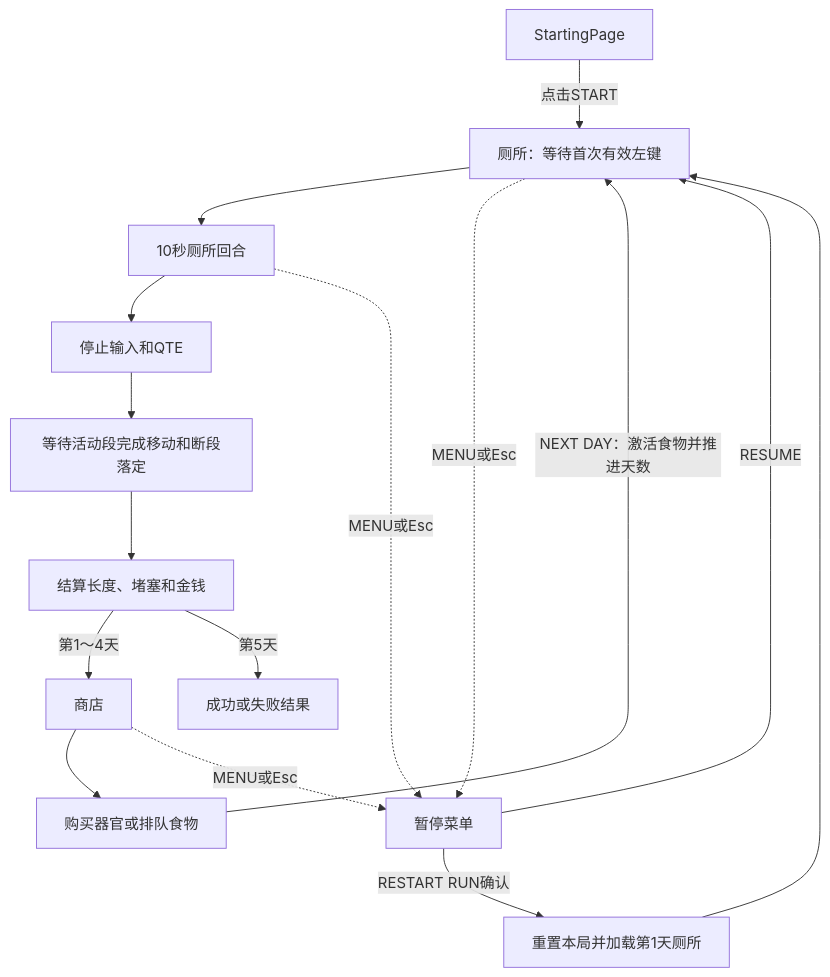
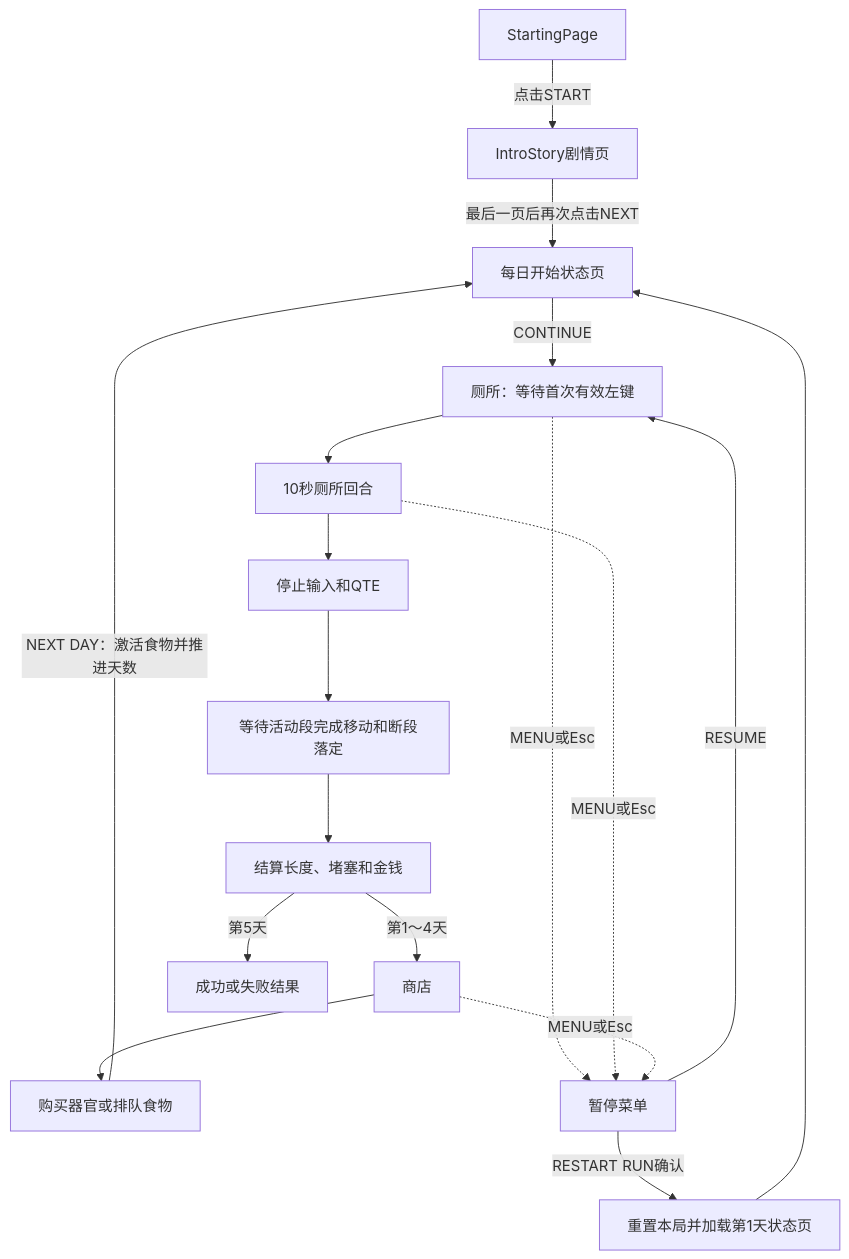
Before and after one commit to SaltedFishyy/GMTK-game-jam: the diagram in 机制.md, drawn with Mermaid. The commit also changed other lines of this file and 93 other files, not shown here.

Commit message:
day start page

````diff
--- a/机制.md
+++ b/机制.md
@@ -254,18 +261,20 @@
 ```mermaid
 flowchart TD
-    S[StartingPage] -->|点击START| A[厕所：等待首次有效左键]
+    S[StartingPage] -->|点击START| I[IntroStory剧情页]
+    I -->|最后一页后再次点击NEXT| J[每日开始状态页]
+    J -->|CONTINUE| A[厕所：等待首次有效左键]
     A --> B[10秒厕所回合]
     B --> C[停止输入和QTE]
     C --> D[等待活动段完成移动和断段落定]
     D --> E[结算长度、堵塞和金钱]
     E -->|第1～4天| F[商店]
     F --> H[购买器官或排队食物]
-    H -->|NEXT DAY：激活食物并推进天数| A
+    H -->|NEXT DAY：激活食物并推进天数| J
     E -->|第5天| G[成功或失败结果]
     A -. MENU或Esc .-> P[暂停菜单]
     B -. MENU或Esc .-> P
     F -. MENU或Esc .-> P
     P -->|RESUME| A
-    P -->|RESTART RUN确认| R[重置本局并加载第1天厕所]
-    R --> A
+    P -->|RESTART RUN确认| R[重置本局并加载第1天状态页]
+    R --> J
 ```
````
